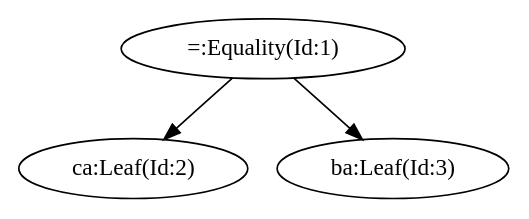
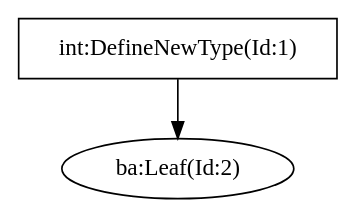
The diagram in Compiler/SyntacticalAnalyzerGenerator/LangFiles/astTree.dot (egoshin-igor/StateMachine), drawn with Graphviz before and after one commit. The commit also changed 31 other files, not shown here.

```diff
--- a/Compiler/SyntacticalAnalyzerGenerator/LangFiles/astTree.dot
+++ b/Compiler/SyntacticalAnalyzerGenerator/LangFiles/astTree.dot
@@ -1,1 +1,1 @@
-digraph G{"=:Equality(Id:1)"->"ca:Leaf(Id:2)";"=:Equality(Id:1)"->"ba:Leaf(Id:3)";}
+digraph G{"int:DefineNewType(Id:1)" [shape = box];"int:DefineNewType(Id:1)"->"ba:Leaf(Id:2)";}
```
